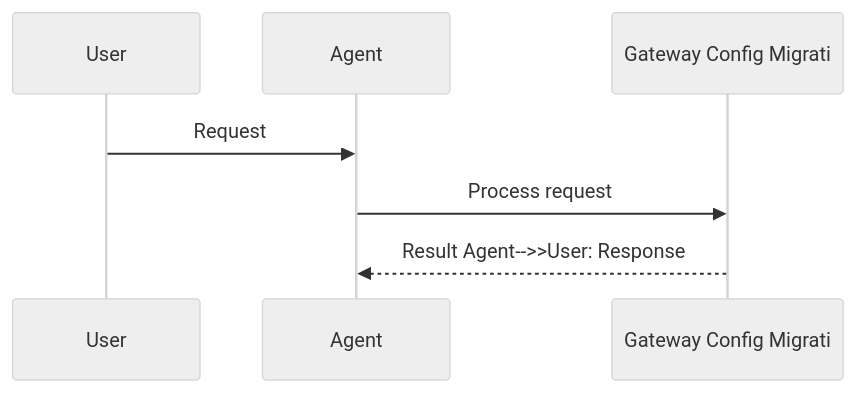
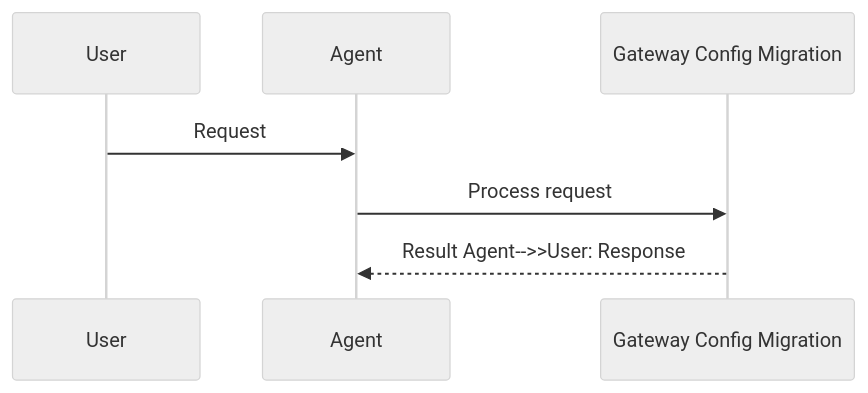
Before and after one commit to MervinPraison/PraisonAIDocs: the second of 2 diagrams in docs/features/gateway-config-migration.mdx, drawn with Mermaid (neutral theme). The commit also changed 45 other files, not shown here.

First line of the commit message:
docs: fix truncated Mermaid diagram feature names (22-char cutoff)

````diff
--- a/docs/features/gateway-config-migration.mdx
+++ b/docs/features/gateway-config-migration.mdx
@@ -49,10 +49,10 @@
 ```mermaid
 sequenceDiagram
     participant User
     participant Agent
-    participant Feature as Gateway Config Migrati
+    participant Feature as Gateway Config Migration
 
     User->>Agent: Request
     Agent->>Feature: Process request
     Feature-->>Agent: Result    Agent-->>User: Response
 ```
````
